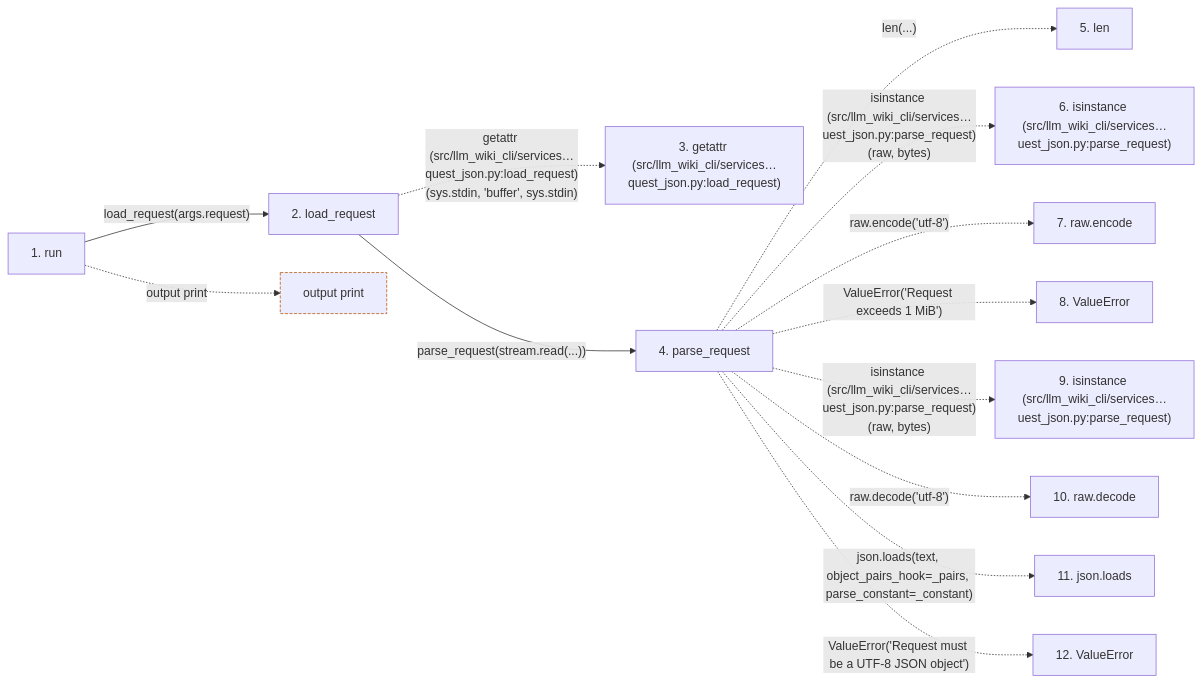
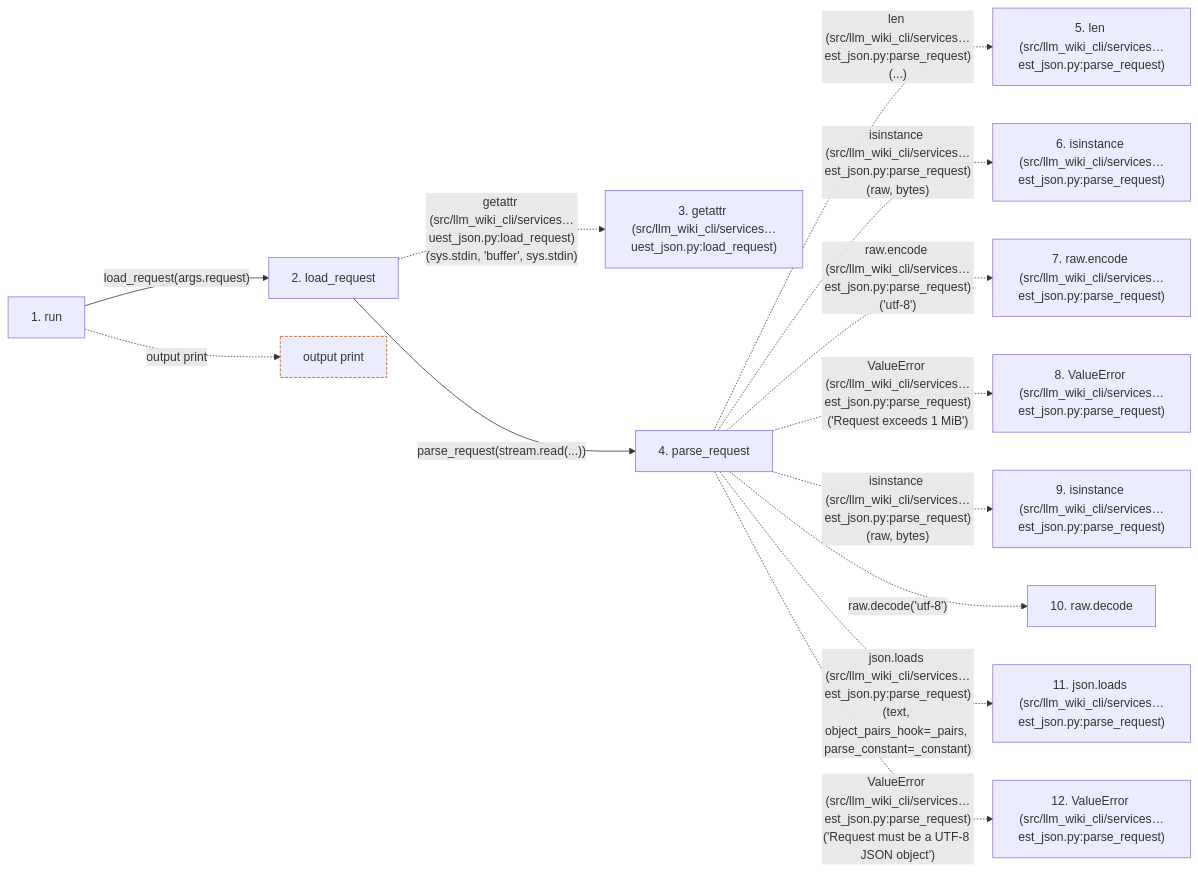
The second of 2 diagrams in docs/llm_wiki/flows/cli-query.md (Denissvgn/python-wiki-llm), drawn with Mermaid before and after one commit. The commit also changed other lines of this file and 554 other files, not shown here.

````diff
--- a/docs/llm_wiki/flows/cli-query.md
+++ b/docs/llm_wiki/flows/cli-query.md
@@ -95,33 +130,33 @@
 ```mermaid
 flowchart LR
     s1["1. run"]
     s2["2. load_request"]
-    s3["3. getattr (src/llm_wiki_cli/services…quest_json.py:load_request)"]
+    s3["3. getattr (src/llm_wiki_cli/services…uest_json.py:load_request)"]
     s4["4. parse_request"]
-    s5["5. len"]
-    s6["6. isinstance (src/llm_wiki_cli/services…uest_json.py:parse_request)"]
-    s7["7. raw.encode"]
-    s8["8. ValueError"]
-    s9["9. isinstance (src/llm_wiki_cli/services…uest_json.py:parse_request)"]
+    s5["5. len (src/llm_wiki_cli/services…est_json.py:parse_request)"]
+    s6["6. isinstance (src/llm_wiki_cli/services…est_json.py:parse_request)"]
+    s7["7. raw.encode (src/llm_wiki_cli/services…est_json.py:parse_request)"]
+    s8["8. ValueError (src/llm_wiki_cli/services…est_json.py:parse_request)"]
+    s9["9. isinstance (src/llm_wiki_cli/services…est_json.py:parse_request)"]
     s10["10. raw.decode"]
-    s11["11. json.loads"]
-    s12["12. ValueError"]
+    s11["11. json.loads (src/llm_wiki_cli/services…est_json.py:parse_request)"]
+    s12["12. ValueError (src/llm_wiki_cli/services…est_json.py:parse_request)"]
     s1 -->|"load_request(args.request)"| s2
-    s2 -. "getattr (src/llm_wiki_cli/services…quest_json.py:load_request)(sys.stdin, 'buffer', sys.stdin)" .-> s3
+    s2 -. "getattr (src/llm_wiki_cli/services…uest_json.py:load_request)(sys.stdin, 'buffer', sys.stdin)" .-> s3
     s2 -->|"parse_request(stream.read(...))"| s4
-    s4 -. "len(...)" .-> s5
-    s4 -. "isinstance (src/llm_wiki_cli/services…uest_json.py:parse_request)(raw, bytes)" .-> s6
-    s4 -. "raw.encode('utf-8')" .-> s7
-    s4 -. "ValueError('Request exceeds 1 MiB')" .-> s8
-    s4 -. "isinstance (src/llm_wiki_cli/services…uest_json.py:parse_request)(raw, bytes)" .-> s9
+    s4 -. "len (src/llm_wiki_cli/services…est_json.py:parse_request)(...)" .-> s5
+    s4 -. "isinstance (src/llm_wiki_cli/services…est_json.py:parse_request)(raw, bytes)" .-> s6
+    s4 -. "raw.encode (src/llm_wiki_cli/services…est_json.py:parse_request)('utf-8')" .-> s7
+    s4 -. "ValueError (src/llm_wiki_cli/services…est_json.py:parse_request)('Request exceeds 1 MiB')" .-> s8
+    s4 -. "isinstance (src/llm_wiki_cli/services…est_json.py:parse_request)(raw, bytes)" .-> s9
     s4 -. "raw.decode('utf-8')" .-> s10
-    s4 -. "json.loads(text, object_pairs_hook=_pairs, parse_constant=_constant)" .-> s11
-    s4 -. "ValueError('Request must be a UTF-8 JSON object')" .-> s12
+    s4 -. "json.loads (src/llm_wiki_cli/services…est_json.py:parse_request)(text, object_pairs_hook=_pairs, parse_constant=_constant)" .-> s11
+    s4 -. "ValueError (src/llm_wiki_cli/services…est_json.py:parse_request)('Request must be a UTF-8 JSON object')" .-> s12
     b0["output print"]
     s1 -. "output print" .-> b0
     click s1 "../modules/query_cmd.md"
     click s2 "../modules/request_json.md"
     click s4 "../modules/request_json.md"
     classDef boundary stroke:#b45309,stroke-dasharray: 4 2
     class b0 boundary
 ```
````
